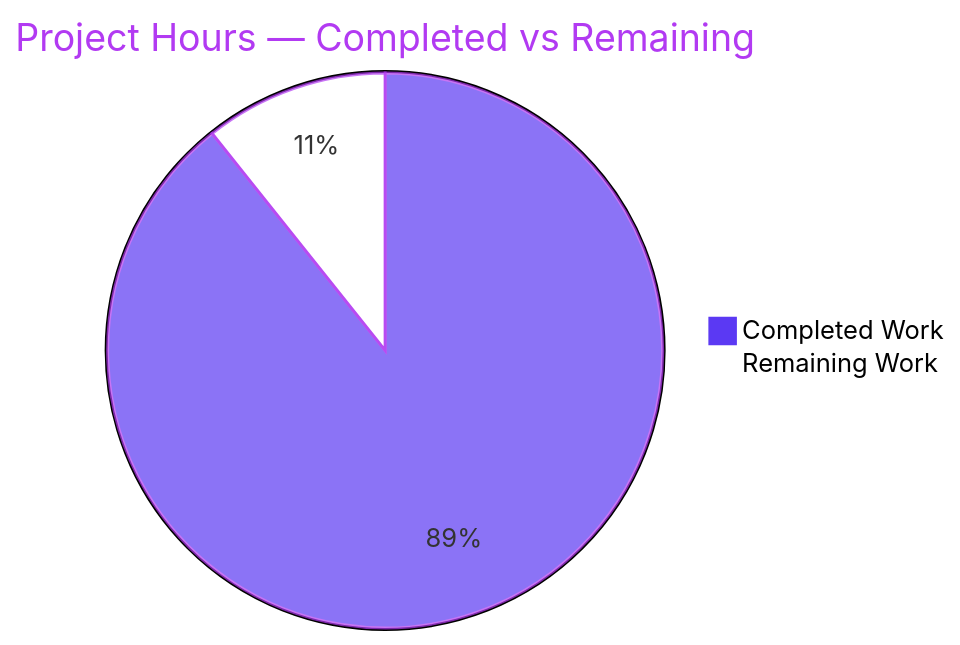
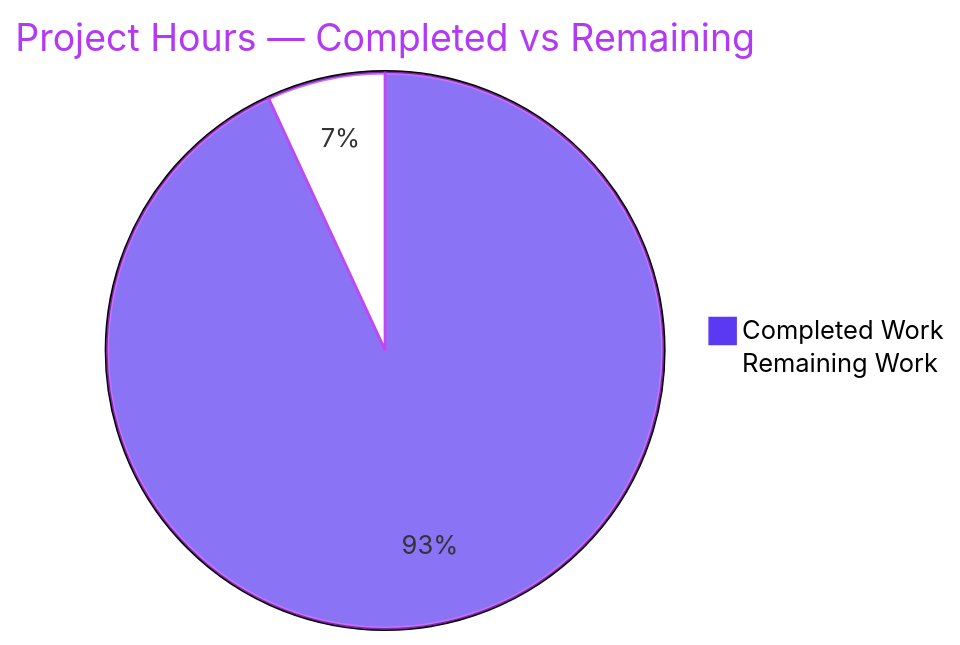
One commit to blitzy-build-in-public/abk-6396-project-2-61fbb928 changed the first of 3 diagrams in blitzy/documentation/Project Guide - d7f7cf4c-49e1-46e3-8d25-058bf0885246.md. Above: the diagram before and after it, drawn with Mermaid. The commit also changed other lines of this file, not shown here.

Commit message:
Adding Blitzy Project Guide: Project Status and Human Tasks Remaining

````diff
--- a/blitzy/documentation/Project Guide - d7f7cf4c-49e1-46e3-8d25-058bf0885246.md
+++ b/blitzy/documentation/Project Guide - d7f7cf4c-49e1-46e3-8d25-058bf0885246.md
@@ -11,6 +11,6 @@
 ```mermaid
 %%{init: {"themeVariables": {"pie1": "#5B39F3", "pie2": "#FFFFFF", "pieStrokeColor": "#B23AF2", "pieTitleTextColor": "#B23AF2"}}}%%
 pie title Project Hours — Completed vs Remaining
-    "Completed Work" : 25
-    "Remaining Work" : 3
+    "Completed Work" : 27
+    "Remaining Work" : 2
 ```
````
